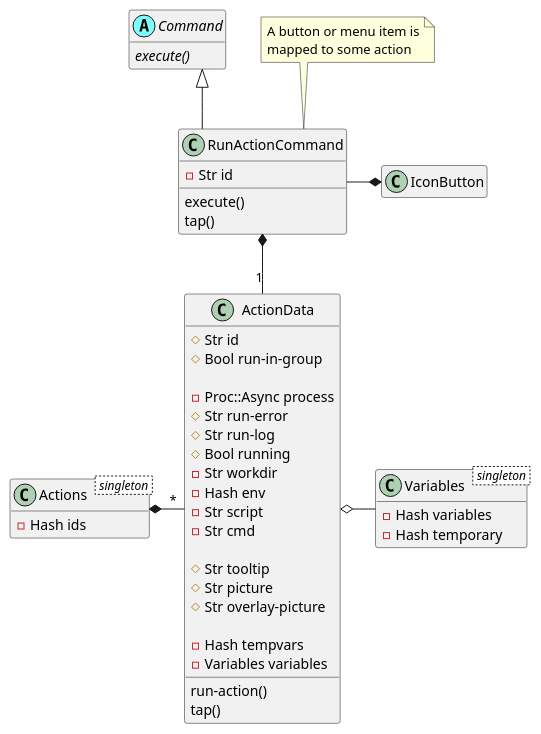
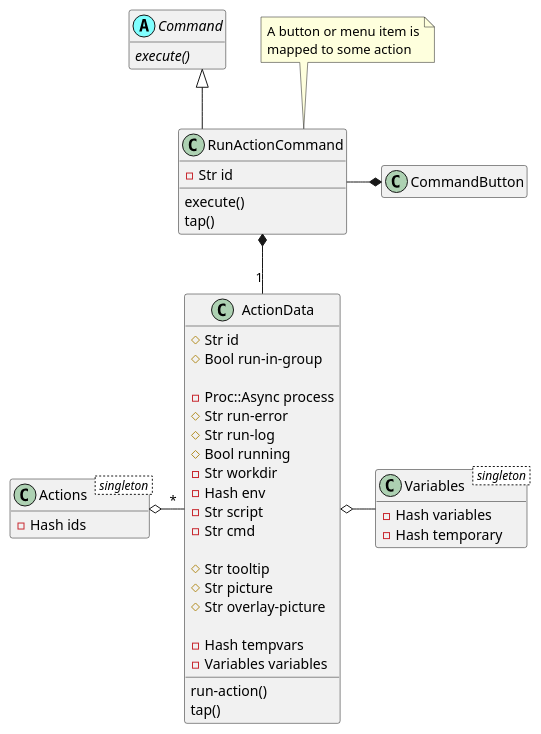
Before and after one commit to MARTIMM/SessionManager: the first of 5 diagrams in doc/dispatcher.md, drawn with PlantUML. The commit also changed other lines of this file, not shown here.

````diff
--- a/doc/dispatcher.md
+++ b/doc/dispatcher.md
@@ -45,66 +45,66 @@
 ```plantuml
 @startuml
 
 'scale 0.8
 
 skinparam packageStyle rectangle
 skinparam stereotypeCBackgroundColor #80ffff
 skinparam linetype ortho
 
 set namespaceSeparator ::
 hide empty members
 
 abstract class Command <<(A,#80ffff)>> {
   {abstract} execute()
 }
 
 class RunActionCommand {
   - Str id
   execute()
   tap()
 }
 
 note "A button or menu item is\nmapped to some action" as N1
 N1 .. RunActionCommand
 
 class Variables < singleton > {
   - Hash variables
   - Hash temporary
 }
 
 class Actions < singleton > {
   - Hash ids
 }
 
 class ActionData {
   # Str id
   # Bool run-in-group
 
   - Proc::Async process
   # Str run-error
   # Str run-log
   # Bool running
   - Str workdir
   - Hash env
   - Str script
   - Str cmd
 
   # Str tooltip
   # Str picture
   # Str overlay-picture
 
   - Hash tempvars
   - Variables variables
 
   run-action()
   tap()
 }
 
-Actions *- "*" ActionData
+Actions o- "*" ActionData
 Command <|-- RunActionCommand
 RunActionCommand *-- "1" ActionData
 ActionData o- Variables
-RunActionCommand -* IconButton
+RunActionCommand -* CommandButton
 
 @enduml
 ```
````
